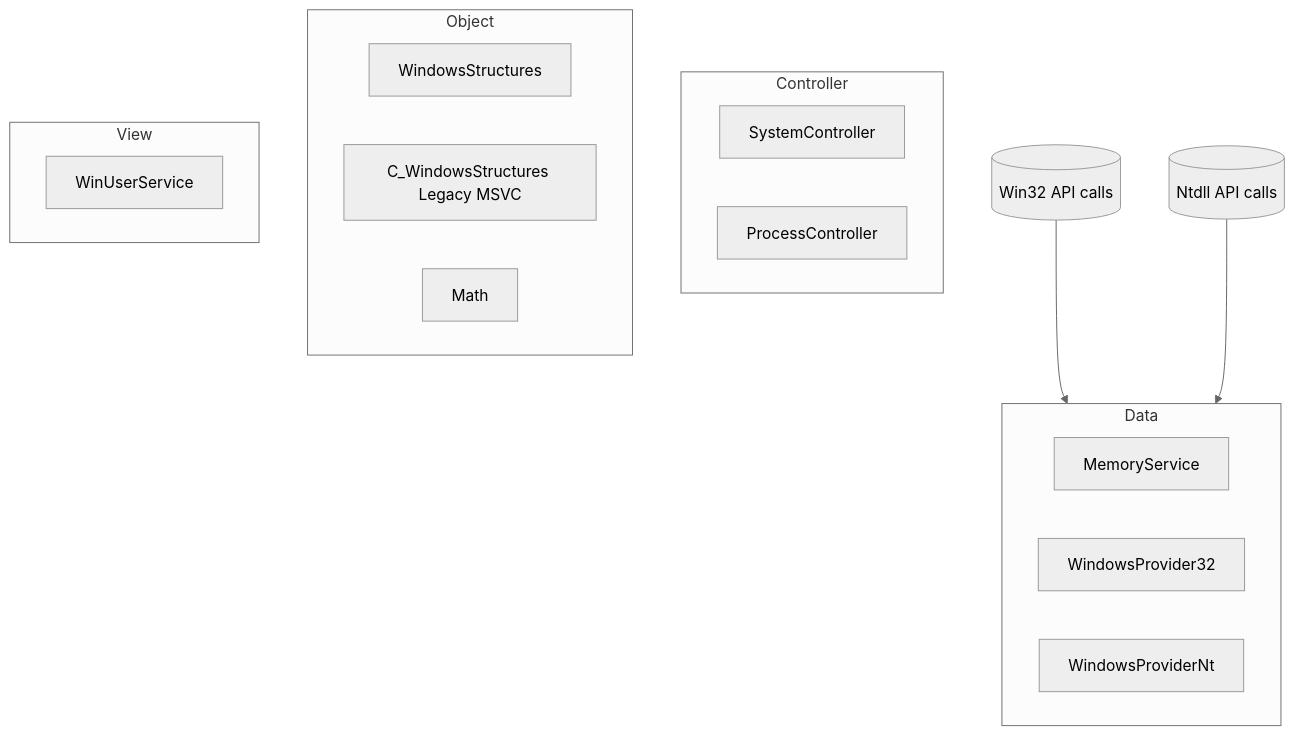
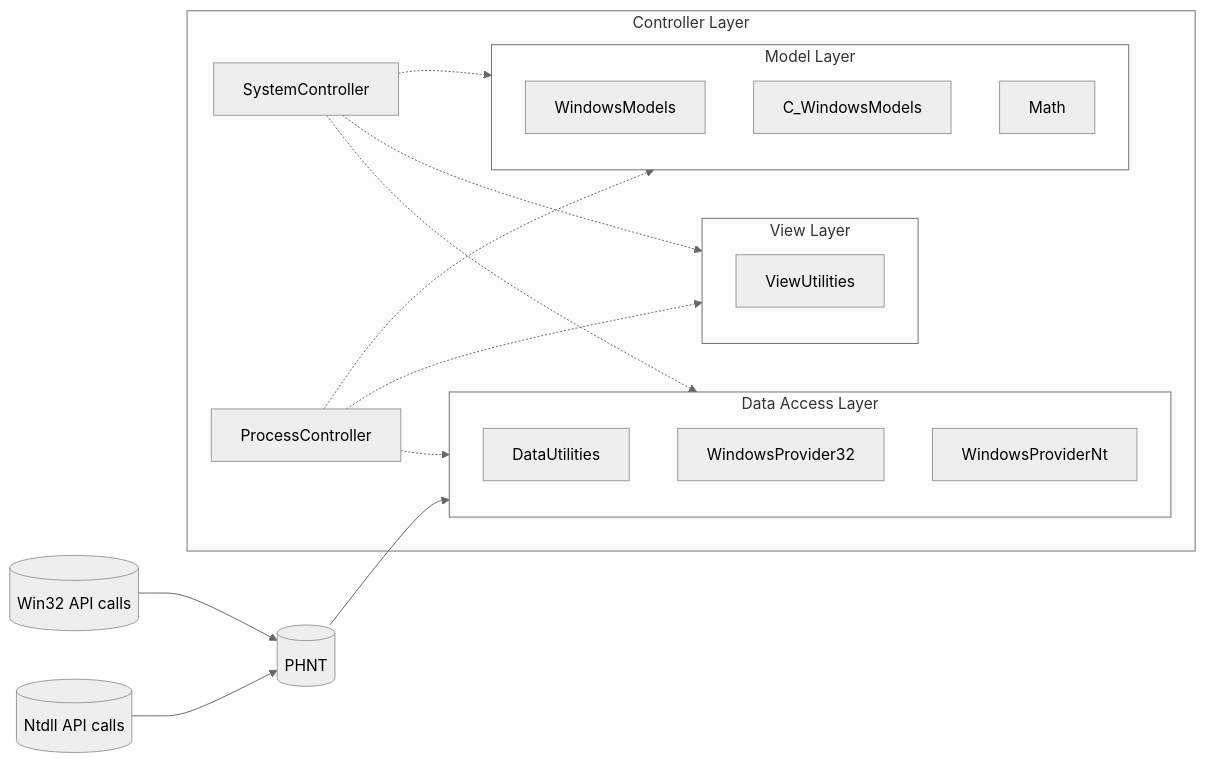
Before and after one commit to grimy86/Muninn: the diagram in README.md, drawn with Mermaid (neutral theme). The commit also changed other lines of this file and 76 other files, not shown here.

````diff
--- a/README.md
+++ b/README.md
@@ -113,37 +129,42 @@
 ```mermaid
-    graph TD
+graph LR
 
-    %% External APIs
-    Win32API[(Win32 API calls)]
-    NtdllAPI[(Ntdll API calls)]
+%% External APIs
+PHNT[(PHNT)]
+Win32API[(Win32 API calls)]
+NtdllAPI[(Ntdll API calls)]
 
-    %% Data Layer
-    subgraph Data
-        direction LR
-        MemoryService
-        WindowsProvider32
-        WindowsProviderNt
-    end
+%% Data Access Layer
+subgraph DAL[Data Access Layer]
+    DataUtilities
+    WindowsProvider32
+    WindowsProviderNt
+end
 
-    %% API wiring
-    Win32API --> WindowsProvider32
-    NtdllAPI --> WindowsProviderNt
+%% API wiring
+Win32API --> PHNT
+NtdllAPI --> PHNT
+PHNT --> DAL
 
-    %% Other layers
-    subgraph Controller
-        direction LR
-        SystemController
-        ProcessController
-    end
+%% Model Layer
+subgraph Model[Model Layer]
+    WindowsModels
+    C_WindowsModels
+    Math
+end
 
-    subgraph Object
-        direction LR
-        WindowsStructures
-        C_WindowsStructures["C_WindowsStructures Legacy MSVC"]
-        Math
-    end
+%% View Layer
+subgraph View[View Layer]
+    ViewUtilities
+end
 
-    subgraph View
-        WinUserService
-    end
+%% Controller Layer
+subgraph Controller[Controller Layer]
+    SystemController -.-> Model
+    ProcessController -.-> Model
+    SystemController -.-> View
+    ProcessController -.-> View
+    SystemController -.-> DAL
+    ProcessController -.-> DAL
+end
 ```
````
